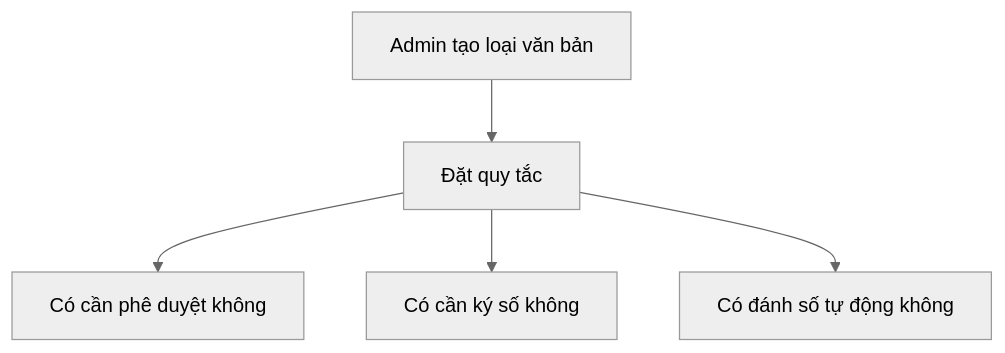
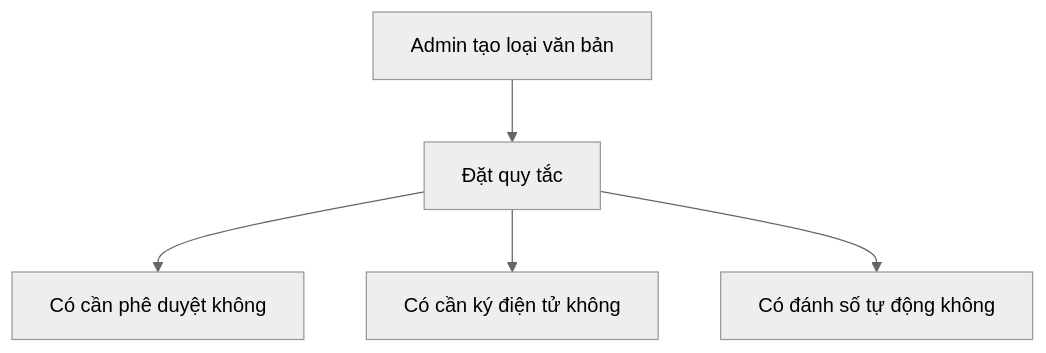
Diagram 41 of 52 in docs/business-flows.md (dinhvansh/e-office), drawn with Mermaid (neutral theme) before and after one commit. The commit also changed 32 other files, not shown here.

````diff
--- a/docs/business-flows.md
+++ b/docs/business-flows.md
@@ -585,7 +585,7 @@
 ```mermaid
 flowchart TD
     A[Admin tạo loại văn bản] --> B[Đặt quy tắc]
     B --> C[Có cần phê duyệt không]
-    B --> D[Có cần ký số không]
+    B --> D[Có cần ký điện tử không]
     B --> E[Có đánh số tự động không]
 ```
````
